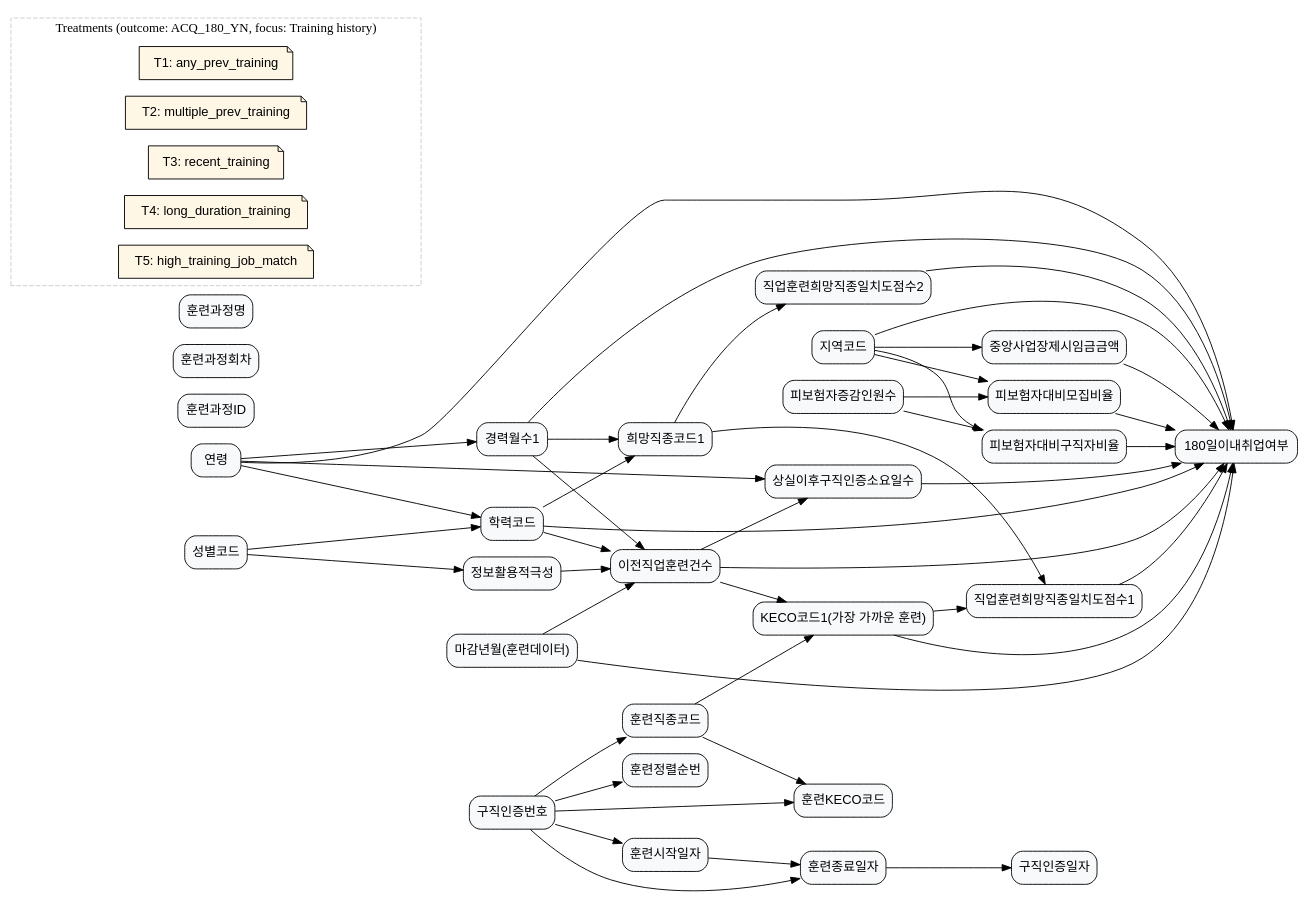
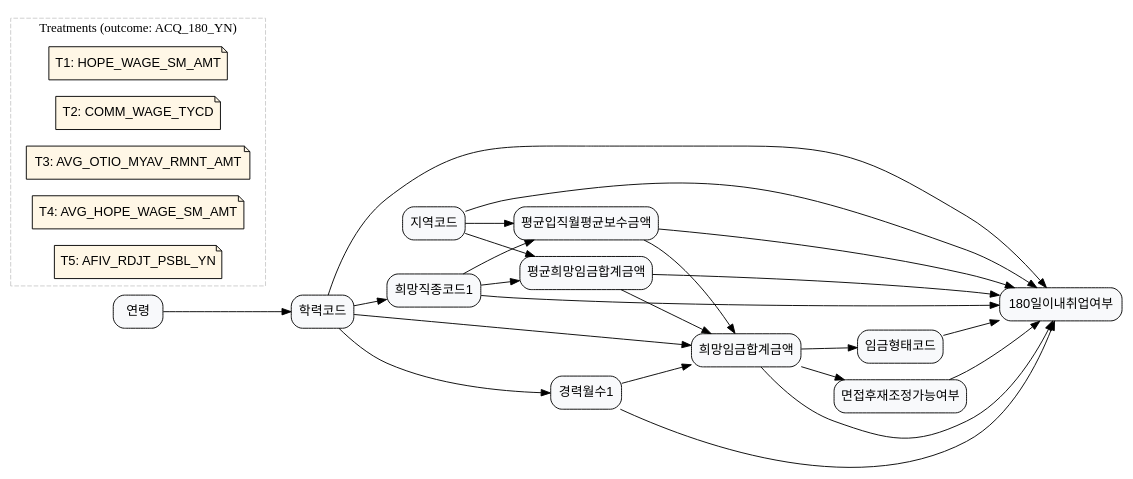
The diagram in laborlab/data/graph_data/graph_4.dot (KU-LIM-Lab/dowhy-deep), drawn with Graphviz before and after one commit. The commit also changed 19 other files, not shown here.

Commit message:
graph updated and added

```diff
--- a/laborlab/data/graph_data/graph_4.dot
+++ b/laborlab/data/graph_data/graph_4.dot
@@ -1,172 +1,99 @@
 digraph {
     rankdir=LR;
     node [shape=box, style="rounded,filled", fillcolor="#F8F9FB", fontname="Helvetica"];
 
-    // ==== 노드 라벨 정의 (Outcome + 기본 배경) ====
-    ACQ_180_YN                  [label="180일이내취업여부"];
-    AGE                         [label="연령"];
-    SXDS_CD                     [label="성별코드"];
-    ACCR_CD                     [label="학력코드"];
-    CARR_MYCT1                  [label="경력월수1"];
-    AREA_CD                     [label="지역코드"];
-    AGREE_LEVEL                 [label="정보활용적극성"];
+    ACQ_180_YN               [label="180일이내취업여부"];
+    HOPE_WAGE_SM_AMT         [label="희망임금합계금액"];
+    COMM_WAGE_TYCD           [label="임금형태코드"];
+    AFIV_RDJT_PSBL_YN        [label="면접후재조정가능여부"];
+    AVG_OTIO_MYAV_RMNT_AMT   [label="평균입직월평균보수금액"];
+    AVG_HOPE_WAGE_SM_AMT     [label="평균희망임금합계금액"];
 
-    // ==== 훈련 관련 structured 변수 ====
-    BFR_OCTR_CT                 [label="이전직업훈련건수"];
-    FRFT_AFTR_JHNT_REQR_DYCT    [label="상실이후구직인증소요일수"];
-    KECO_CD1                    [label="KECO코드1(가장 가까운 훈련)"];
-    OCTR_HOPE_JSFC_CSCY_SCOR1   [label="직업훈련희망직종일치도점수1"];
-    OCTR_HOPE_JSFC_CSCY_SCOR2   [label="직업훈련희망직종일치도점수2"];
-    HOPE_JSCD1                  [label="희망직종코드1"];
-    IPS_VS_RCIT_RATE            [label="피보험자대비모집비율"];
-    IPS_VS_JBHT_RATE            [label="피보험자대비구직자비율"];
-    IPS_IRDS_NMPR               [label="피보험자증감인원수"];
-    NTR_BPLC_PSNT_WAGE_AMT      [label="중앙사업장제시임금금액"];
+    AREA_CD                  [label="지역코드"];
+    HOPE_JSCD1               [label="희망직종코드1"];
+    ACCR_CD                  [label="학력코드"];
+    CARR_MYCT1               [label="경력월수1"];
+    AGE                      [label="연령"];
 
-    // ==== training 테이블 변수 ====
-    CLOS_YM                     [label="마감년월(훈련데이터)"];
-    JHNT_CTN                    [label="구직인증번호"];
-    JHCR_DE                     [label="구직인증일자"];
-    CRSE_ID                     [label="훈련과정ID"];
-    TGCR_TME                    [label="훈련과정회차"];
-    TRNG_CRSN                   [label="훈련과정명"];
-    TRNG_BGDE                   [label="훈련시작일자"];
-    TRNG_ENDE                   [label="훈련종료일자"];
-    TRNG_JSCD                   [label="훈련직종코드"];
-    KECO_CD                     [label="훈련KECO코드"];
-    SORT_SN                     [label="훈련정렬순번"];
+    // 인과관계
+    AGE      -> ACCR_CD;
+    ACCR_CD  -> CARR_MYCT1;
+    ACCR_CD  -> HOPE_JSCD1;
+    ACCR_CD  -> HOPE_WAGE_SM_AMT;
 
-    // ============================================================
-    // ==== Treatment definitions (메타데이터용 노드) ==============
-    // role="treatment_meta"로 태깅한 노드에 treatment 정보를 저장한다.
-    // 파이프라인에서 pygraphviz로 읽어 DoWhy/TabPFN에 넘길 때 사용.
+    CARR_MYCT1 -> HOPE_WAGE_SM_AMT;
 
+    AREA_CD    -> AVG_OTIO_MYAV_RMNT_AMT;
+    AREA_CD    -> AVG_HOPE_WAGE_SM_AMT;
+    HOPE_JSCD1 -> AVG_OTIO_MYAV_RMNT_AMT;
+    HOPE_JSCD1 -> AVG_HOPE_WAGE_SM_AMT;
+
+    AVG_OTIO_MYAV_RMNT_AMT -> HOPE_WAGE_SM_AMT;
+    AVG_HOPE_WAGE_SM_AMT   -> HOPE_WAGE_SM_AMT;
+
+    HOPE_WAGE_SM_AMT -> COMM_WAGE_TYCD;
+    HOPE_WAGE_SM_AMT -> AFIV_RDJT_PSBL_YN;
+
+    HOPE_WAGE_SM_AMT       -> ACQ_180_YN;
+    COMM_WAGE_TYCD         -> ACQ_180_YN;
+    AFIV_RDJT_PSBL_YN      -> ACQ_180_YN;
+    AVG_OTIO_MYAV_RMNT_AMT -> ACQ_180_YN;
+    AVG_HOPE_WAGE_SM_AMT   -> ACQ_180_YN;
+    ACCR_CD                -> ACQ_180_YN;
+    CARR_MYCT1             -> ACQ_180_YN;
+    AREA_CD                -> ACQ_180_YN;
+    HOPE_JSCD1             -> ACQ_180_YN;
+
+    // Treatments
     subgraph cluster_treatments {
-        label="Treatments (outcome: ACQ_180_YN, focus: Training history)";
+        label="Treatments (outcome: ACQ_180_YN)";
         style=dashed;
         color="#CCCCCC";
         node [shape=note, style="rounded,filled", fillcolor="#FFF7E6", fontname="Helvetica"];
 
-        // T1: 이전 직업훈련 경험 유무
         T1 [
-            label="T1: any_prev_training",
+            label="T1: HOPE_WAGE_SM_AMT",
             role="treatment_meta",
-            treatment_var="BFR_OCTR_CT",
-            treatment_name="any_prev_training",
-            treatment_def="BFR_OCTR_CT > 0 (과거 직업훈련을 한 번이라도 수강한 구직자)",
-            treatment_question="과거 직업훈련을 한 번이라도 수강한 구직자는 전혀 수강하지 않은 구직자보다 6개월 이내 취업 확률이 얼마나 높은가?"
+            treatment_var="HOPE_WAGE_SM_AMT",
+            treatment_name="HOPE_WAGE_SM_AMT",
+            treatment_def="희망임금 수준 차이의 효과",
+            treatment_question="희망임금이 높은 사람과 낮은 사람의 6개월 내 취업 확률 차이?"
         ];
 
-        // T2: 이전 직업훈련 다회 수강 (훈련 강도)
         T2 [
-            label="T2: multiple_prev_training",
+            label="T2: COMM_WAGE_TYCD",
             role="treatment_meta",
-            treatment_var="BFR_OCTR_CT",
-            treatment_name="multiple_prev_training",
-            treatment_def="BFR_OCTR_CT >= 2 또는 분포 상위 분위(예: 상위 30%)이면 1, 그 외 0",
-            treatment_question="직업훈련을 여러 차례 수강한 구직자는 한두 번만 수강했거나 수강 경험이 없는 구직자보다 6개월 이내 취업 확률이 얼마나 다른가?"
+            treatment_var="COMM_WAGE_TYCD",
+            treatment_name="COMM_WAGE_TYCD",
+            treatment_def="임금형태코드 차이의 효과",
+            treatment_question="임금형태(월급/시급 등)가 다른 구직자 간 6개월 내 취업 확률 차이?"
         ];
 
-        // T3: 최근에 종료된 직업훈련 이수 여부
         T3 [
-            label="T3: recent_training",
+            label="T3: AVG_OTIO_MYAV_RMNT_AMT",
             role="treatment_meta",
-            treatment_var="TRNG_ENDE",
-            treatment_name="recent_training",
-            treatment_def="개인별 가장 최근 TRNG_ENDE와 구직인증일자(JHCR_DE)의 차이가 일정 기준 이내(예: 6개월 이내)인 경우 1, 그 외 0",
-            treatment_question="구직인증 직전 일정 기간 이내(예: 6개월)까지 직업훈련을 받고 있었던 구직자는 그렇지 않은 구직자보다 6개월 이내 취업 확률이 얼마나 높은가?"
+            treatment_var="AVG_OTIO_MYAV_RMNT_AMT",
+            treatment_name="AVG_OTIO_MYAV_RMNT_AMT",
+            treatment_def="직종×지역 평균입직임금 수준 차이의 효과",
+            treatment_question="평균 입직임금이 높은 환경과 낮은 환경의 구직자 6개월 내 취업 확률 차이?"
         ];
 
-        // T4: 장기 훈련과정 이수 여부 (훈련 기간 길이)
         T4 [
-            label="T4: long_duration_training",
+            label="T4: AVG_HOPE_WAGE_SM_AMT",
             role="treatment_meta",
-            treatment_var="TRNG_BGDE,TRNG_ENDE",
-            treatment_name="long_duration_training",
-            treatment_def="개인별 수강한 과정 중 (TRNG_ENDE - TRNG_BGDE) 기간이 일정 기준 이상(예: 분포 상위 30%)인 과정을 가진 경우 1, 그 외 0",
-            treatment_question="장기 직업훈련 과정을 이수한 구직자는 단기 과정만 수강했거나 훈련 경험이 없는 구직자보다 6개월 이내 취업 확률이 얼마나 높은가?"
+            treatment_var="AVG_HOPE_WAGE_SM_AMT",
+            treatment_name="AVG_HOPE_WAGE_SM_AMT",
+            treatment_def="직종×지역 평균희망임금 수준 차이의 효과",
+            treatment_question="주변 구직자들의 평균 희망임금이 높은 환경과 낮은 환경에서의 6개월 내 취업 확률 차이?"
         ];
 
-        // T5: 훈련-희망직종 일치도가 높은 구직자
         T5 [
-            label="T5: high_training_job_match",
+            label="T5: AFIV_RDJT_PSBL_YN",
             role="treatment_meta",
-            treatment_var="OCTR_HOPE_JSFC_CSCY_SCOR1",
-            treatment_name="high_training_job_match",
-            treatment_def="OCTR_HOPE_JSFC_CSCY_SCOR1이 분포 상위 분위(예: 상위 30%)이면 1, 그 외 0",
-            treatment_question="가장 가까운 직업훈련과 본인의 희망직종 간 일치도가 높은 구직자는 그렇지 않은 구직자보다 6개월 이내 취업 확률이 얼마나 높은가?"
+            treatment_var="AFIV_RDJT_PSBL_YN",
+            treatment_name="AFIV_RDJT_PSBL_YN",
+            treatment_def="면접후재조정가능여부 차이의 효과",
+            treatment_question="임금 재조정이 가능하다고 응답한 사람과 불가능하다고 응답한 사람의 6개월 내 취업 확률 차이?"
         ];
     }
-
-    // ============================================================
-    // ==== Causal structure (DAG for Training history) ===========
-
-    // --- 인구학적/배경 변수 ---
-    SXDS_CD -> ACCR_CD;                    // 성별에 따라 학력 경로가 달라질 수 있음
-    SXDS_CD -> AGREE_LEVEL;                // 성별에 따른 정보 활용/동의 행태 차이
-
-    AGE -> ACCR_CD;                        // 나이가 많을수록 높은 학력일 가능성
-    AGE -> CARR_MYCT1;                     // 나이가 많을수록 경력월수 증가
-    AGE -> FRFT_AFTR_JHNT_REQR_DYCT;       // 경력단절/재취업 준비 기간에 영향
-    AGE -> ACQ_180_YN;                     // 연령에 따른 취업확률 차이
-
-    AREA_CD -> NTR_BPLC_PSNT_WAGE_AMT;     // 지역에 따라 제시임금 수준 차이
-    AREA_CD -> IPS_VS_RCIT_RATE;           // 지역별 모집비율 차이
-    AREA_CD -> IPS_VS_JBHT_RATE;           // 지역별 구직자비율 차이
-    AREA_CD -> ACQ_180_YN;                 // 지역 노동시장 여건 차이
-
-    ACCR_CD -> HOPE_JSCD1;                 // 학력에 따라 선택 가능한 직종이 달라짐
-    ACCR_CD -> BFR_OCTR_CT;                // 학력이 높을수록 직업훈련을 더 많이 이용할 수 있음
-    ACCR_CD -> ACQ_180_YN;                 // 학력이 직접 취업확률에 영향
-
-    CARR_MYCT1 -> HOPE_JSCD1;              // 경력 직종에 머무를 가능성
-    CARR_MYCT1 -> BFR_OCTR_CT;             // 경력 많은 사람이 추가훈련을 받을 가능성
-    CARR_MYCT1 -> ACQ_180_YN;              // 경력 자체가 취업 가능성에 직접 영향
-
-    AGREE_LEVEL -> BFR_OCTR_CT;            // 정보활용에 적극적일수록 직업훈련 정보 탐색/수강 가능성 증가
-
-    // --- 직업훈련 이용 및 구성 ---
-    // 훈련 데이터는 JHNT_CTN(구직인증번호)을 통해 개인과 연결
-    JHNT_CTN -> TRNG_BGDE;                 // 특정 구직인증과 연결된 훈련 시작일
-    JHNT_CTN -> TRNG_ENDE;                 // 훈련 종료일
-    JHNT_CTN -> TRNG_JSCD;                 // 훈련 직종코드
-    JHNT_CTN -> KECO_CD;                   // 훈련 KECO 코드
-    JHNT_CTN -> SORT_SN;                   // 한 구직인증에 여러 훈련이 있을 때 순번
-
-    BFR_OCTR_CT -> KECO_CD1;               // 과거 훈련 경험이 많을수록 '가장 가까운 훈련'의 KECO코드를 가지게 됨
-    BFR_OCTR_CT -> FRFT_AFTR_JHNT_REQR_DYCT; // 훈련을 많이 받을수록 상실 이후 구직인증까지 시간이 길어질 수 있음
-    BFR_OCTR_CT -> ACQ_180_YN;             // 훈련 경험량이 취업 가능성에 직접 영향
-
-    // 훈련 일정과 구직인증 시점 관계
-    TRNG_ENDE -> JHCR_DE;                  // (시간축 상) 훈련이 끝난 이후 구직인증이 이뤄짐
-    TRNG_BGDE -> TRNG_ENDE;                // 훈련 시작·종료일로 기간이 정의됨
-
-    TRNG_JSCD -> KECO_CD;                  // 훈련 직종코드와 KECO 코드가 연결
-    TRNG_JSCD -> KECO_CD1;                 // 가장 가까운 훈련의 직종/KECO가 KECO_CD1로 요약
-
-    // --- 훈련-희망직종 매칭 구조 ---
-    HOPE_JSCD1 -> OCTR_HOPE_JSFC_CSCY_SCOR1; // 희망직종과 가장 가까운 훈련 간 일치도
-    HOPE_JSCD1 -> OCTR_HOPE_JSFC_CSCY_SCOR2; // 희망직종과 두 번째 가까운 훈련 간 일치도
-    KECO_CD1 -> OCTR_HOPE_JSFC_CSCY_SCOR1;   // 실제로 연결된 최인접 훈련의 KECO와 희망직종 간 매칭
-    KECO_CD1 -> ACQ_180_YN;                 // 가장 가까운 훈련의 분야 자체가 취업 가능성에 영향
-
-    OCTR_HOPE_JSFC_CSCY_SCOR1 -> ACQ_180_YN; // 훈련-희망직종 일치도가 높을수록 취업 가능성 증가
-    OCTR_HOPE_JSFC_CSCY_SCOR2 -> ACQ_180_YN; // 두 번째 인접 훈련과의 일치도도 추가적인 효과 가능
-
-    // --- 상실 이후 구직인증까지의 기간 ---
-    FRFT_AFTR_JHNT_REQR_DYCT -> ACQ_180_YN;   // 상실 이후 구직인증까지의 기간이 길수록 재취업이 어려울 수 있음
-
-    // --- 노동시장 상태 지표 ---
-    IPS_IRDS_NMPR -> IPS_VS_RCIT_RATE;     // 피보험자 증감이 모집비율에 영향
-    IPS_IRDS_NMPR -> IPS_VS_JBHT_RATE;     // 피보험자 증감이 구직자비율에도 영향
-
-    IPS_VS_RCIT_RATE -> ACQ_180_YN;        // 모집비율이 높을수록 취업 가능성이 증가
-    IPS_VS_JBHT_RATE -> ACQ_180_YN;        // 구직자비율이 높을수록 경쟁 심화로 취업확률 감소
-
-    // --- 임금 수준 ---
-    NTR_BPLC_PSNT_WAGE_AMT -> ACQ_180_YN;  // 지역·직종의 제시임금 수준이 매칭 성사에 영향
-
-    // --- 데이터 마감 구조 (정보가 관측되는 방식) ---
-    CLOS_YM -> ACQ_180_YN;                 // 관측 기간(마감년월)에 따라 180일 내 취업 여부 관측 가능 여부가 달라질 수 있음
-    CLOS_YM -> BFR_OCTR_CT;                // 마감시점 이전까지의 훈련건수만 관측됨
 }
```
